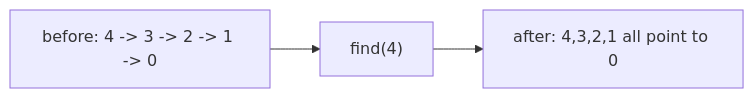
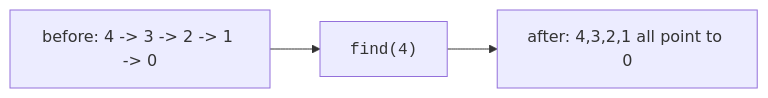
Before and after one commit to dataslope/dataslope: the second of 4 diagrams in content/learn/mastering-dsa-cpp/union-find.mdx, drawn with Mermaid. The commit also changed 153 other files, not shown here.

First line of the commit message:
Render code-only mermaid shapes in monospace; convert step sequences to Steps

````diff
--- a/content/learn/mastering-dsa-cpp/union-find.mdx
+++ b/content/learn/mastering-dsa-cpp/union-find.mdx
@@ -73,4 +73,4 @@
 ```mermaid
 graph LR
-    A["before: 4 -> 3 -> 2 -> 1 -> 0"] --> B["find(4)"] --> C["after: 4,3,2,1 all point to 0"]
+    A["before: 4 -> 3 -> 2 -> 1 -> 0"] --> B["<code>find(4)</code>"] --> C["after: 4,3,2,1 all point to 0"]
 ```
````
